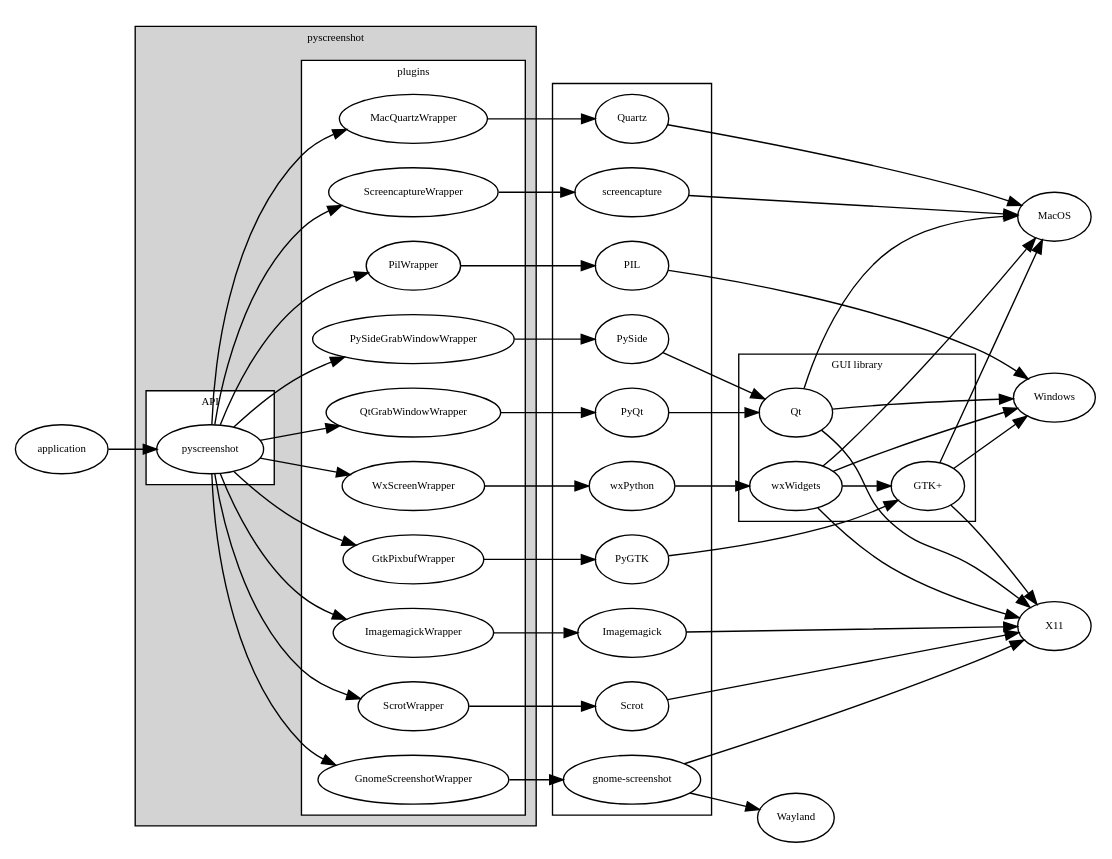
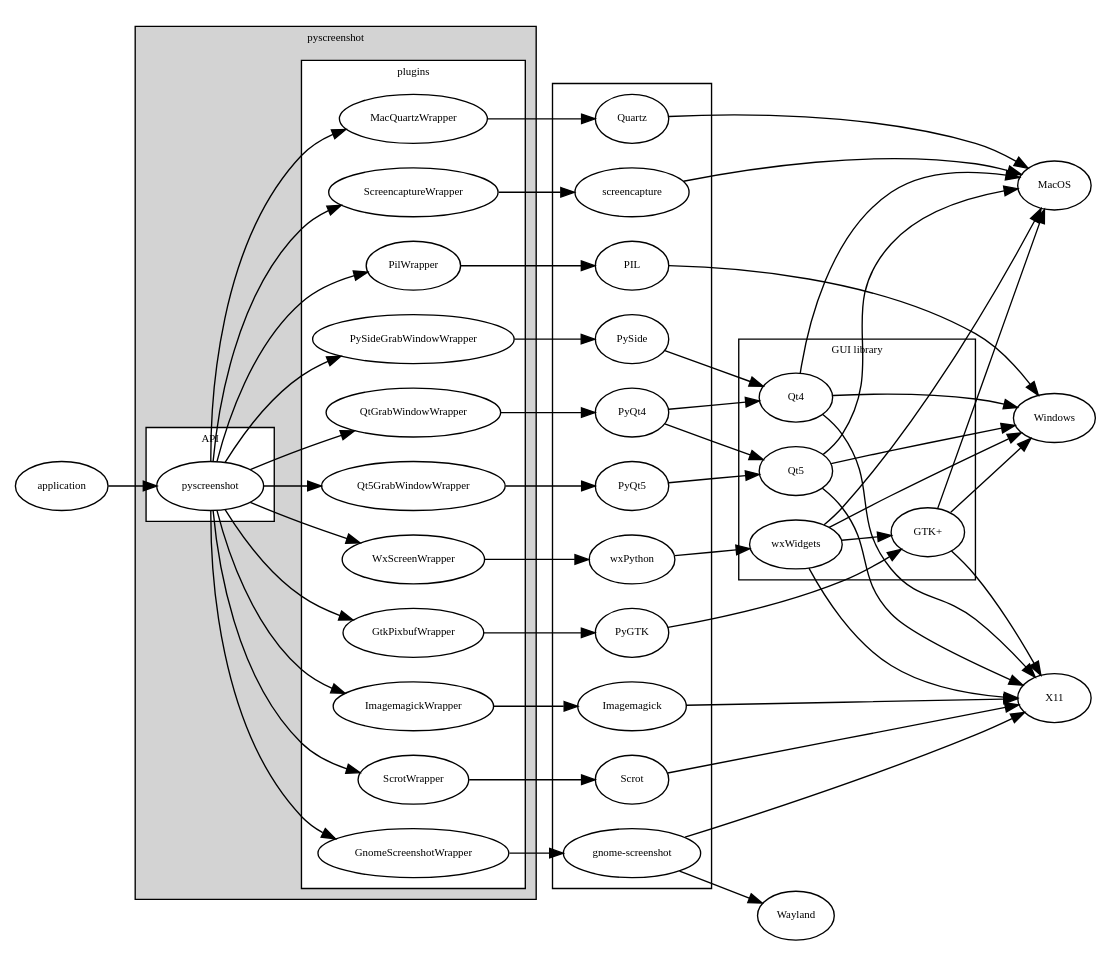
Before and after one commit to ponty/pyscreenshot: the diagram in docs/hierarchy.rst, drawn with Graphviz. The commit also changed 1 other file, not shown here.

```diff
--- a/docs/hierarchy.rst
+++ b/docs/hierarchy.rst
@@ -26,6 +26,7 @@
 
                 pyscreenshot -> GtkPixbufWrapper;
                 pyscreenshot -> QtGrabWindowWrapper;
+                pyscreenshot -> Qt5GrabWindowWrapper;
                 pyscreenshot -> PySideGrabWindowWrapper;
                 pyscreenshot -> PilWrapper;
                 pyscreenshot -> ImagemagickWrapper;
@@ -39,7 +40,8 @@
         subgraph cluster_3 {
             PIL;
             wxPython;
-            PyQt;
+            PyQt4;
+            PyQt5;
             PySide;
             PyGTK;
             screencapture;
@@ -50,16 +52,22 @@
         }
         subgraph cluster_4 {
             label = "GUI library";
-            Qt;
+            Qt4;
+            Qt5;
             wxWidgets;
             "GTK+";
         }
 
-        QtGrabWindowWrapper -> PyQt -> Qt;
-        PySideGrabWindowWrapper -> PySide -> Qt;
-        Qt -> MacOS;
-        Qt -> Windows;
-        Qt -> X11;
+        QtGrabWindowWrapper -> PyQt4 -> Qt4;
+        PyQt4 -> Qt5;
+        Qt5GrabWindowWrapper -> PyQt5 -> Qt5;
+        PySideGrabWindowWrapper -> PySide -> Qt4;
+        Qt4 -> MacOS;
+        Qt4 -> Windows;
+        Qt4 -> X11;
+        Qt5 -> MacOS;
+        Qt5 -> Windows;
+        Qt5 -> X11;
 
         PilWrapper -> PIL -> Windows;
         ImagemagickWrapper -> Imagemagick -> X11;
```
